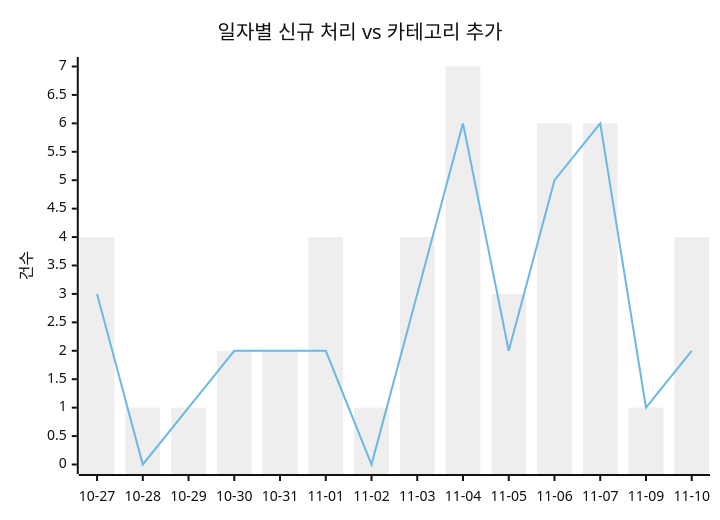
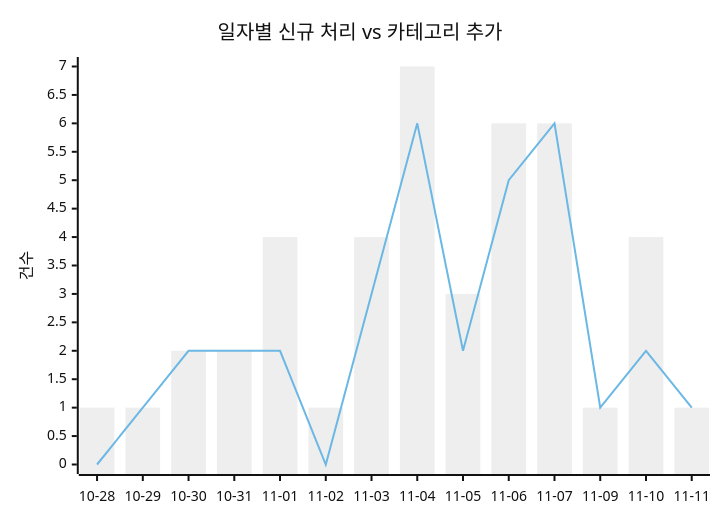
The first of 2 diagrams in docs/trends.md (J-nowcow/awesome-korean-agent-skills), drawn with Mermaid (neutral theme) before and after one commit. The commit also changed other lines of this file and 3 other files, not shown here.

````diff
--- a/docs/trends.md
+++ b/docs/trends.md
@@ -32,8 +32,8 @@
 ```mermaid
 xychart-beta
     title "일자별 신규 처리 vs 카테고리 추가"
-    x-axis ["10-27","10-28","10-29","10-30","10-31","11-01","11-02","11-03","11-04","11-05","11-06","11-07","11-09","11-10"]
+    x-axis ["10-28","10-29","10-30","10-31","11-01","11-02","11-03","11-04","11-05","11-06","11-07","11-09","11-10","11-11"]
     y-axis "건수"
-    bar [4,1,1,2,2,4,1,4,7,3,6,6,1,4]
-    line [3,0,1,2,2,2,0,3,6,2,5,6,1,2]
+    bar [1,1,2,2,4,1,4,7,3,6,6,1,4,1]
+    line [0,1,2,2,2,0,3,6,2,5,6,1,2,1]
 ```
````
